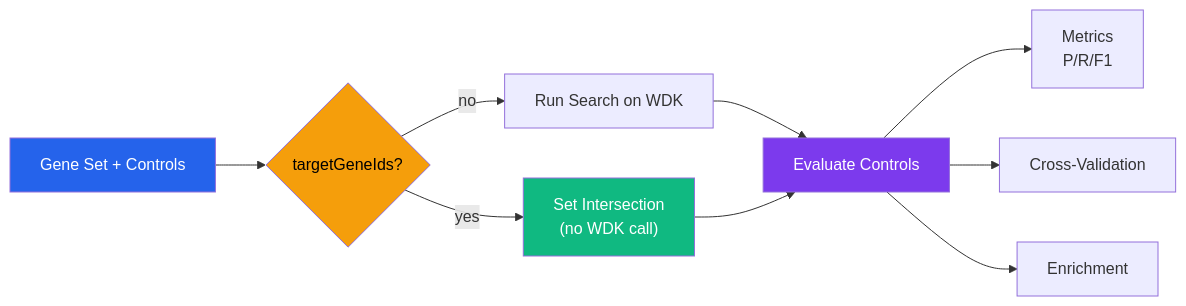
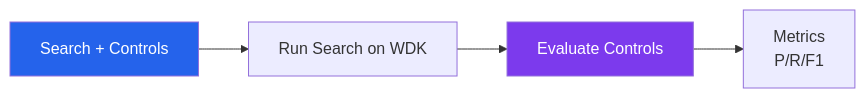
The diagram in apps/api/docs/api/experiments.rst (VEuPathDB/pathfinder-app), drawn with Mermaid before and after one commit. The commit also changed other lines of this file and 855 other files, not shown here.

```diff
--- a/apps/api/docs/api/experiments.rst
+++ b/apps/api/docs/api/experiments.rst
@@ -10,16 +10,9 @@
 .. mermaid::
 
    flowchart LR
-       A["Gene Set + Controls"] --> G{targetGeneIds?}
-       G -- yes --> H["Set Intersection<br/>(no WDK call)"]
-       G -- no --> B["Run Search on WDK"]
+       A["Search + Controls"] --> B["Run Search on WDK"]
        B --> C["Evaluate Controls"]
-       H --> C
        C --> D["Metrics<br/>P/R/F1"]
-       C --> E["Cross-Validation"]
-       C --> F["Enrichment"]
 
        style A fill:#2563eb,color:#fff
-       style G fill:#f59e0b,color:#000
-       style H fill:#10b981,color:#fff
        style C fill:#7c3aed,color:#fff
```
